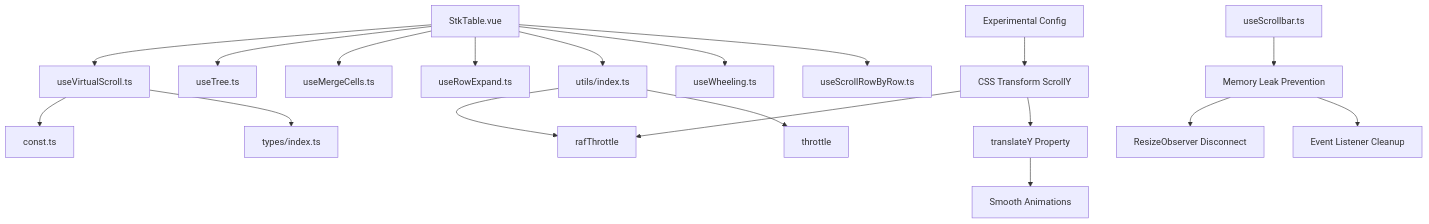
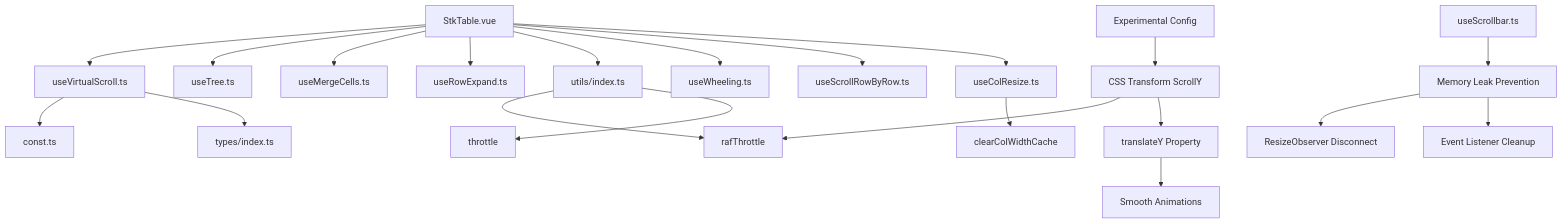
Before and after one commit to ja-plus/stk-table-vue: the first of 6 diagrams in .qoder/repowiki/en/content/Core Concepts/Virtual Scrolling/Virtual Scroll Configuration.md, drawn with Mermaid. The commit also changed other lines of this file and 7 other files, not shown here.

````diff
--- a/.qoder/repowiki/en/content/Core Concepts/Virtual Scrolling/Virtual Scroll Configuration.md
+++ b/.qoder/repowiki/en/content/Core Concepts/Virtual Scrolling/Virtual Scroll Configuration.md
@@ -56,21 +59,23 @@
 ```mermaid
 graph TB
 STK["StkTable.vue"] --> VSHOOK["useVirtualScroll.ts"]
 VSHOOK --> CONST["const.ts"]
 VSHOOK --> TYPES["types/index.ts"]
 STK --> TREE["useTree.ts"]
 STK --> MERGE["useMergeCells.ts"]
 STK --> EXPAND["useRowExpand.ts"]
 STK --> UTILS["utils/index.ts"]
 STK --> WHEELING["useWheeling.ts"]
 STK --> SRBR["useScrollRowByRow.ts"]
+STK --> COLRESIZE["useColResize.ts"]
+COLRESIZE --> CLEARCACHE["clearColWidthCache"]
 UTILS --> RAF["rafThrottle"]
 UTILS --> THROTTLE["throttle"]
 SCROLLBAR["useScrollbar.ts"] --> CLEANUP["Memory Leak Prevention"]
 CLEANUP --> RESIZEOBSERVER["ResizeObserver Disconnect"]
 CLEANUP --> EVENTLISTENERS["Event Listener Cleanup"]
 EXPERIMENTAL["Experimental Config"] --> SCROLLY["CSS Transform ScrollY"]
 SCROLLY --> RAF
 SCROLLY --> TRANSFORM["translateY Property"]
 TRANSFORM --> ANIMATION["Smooth Animations"]
 ```
````
